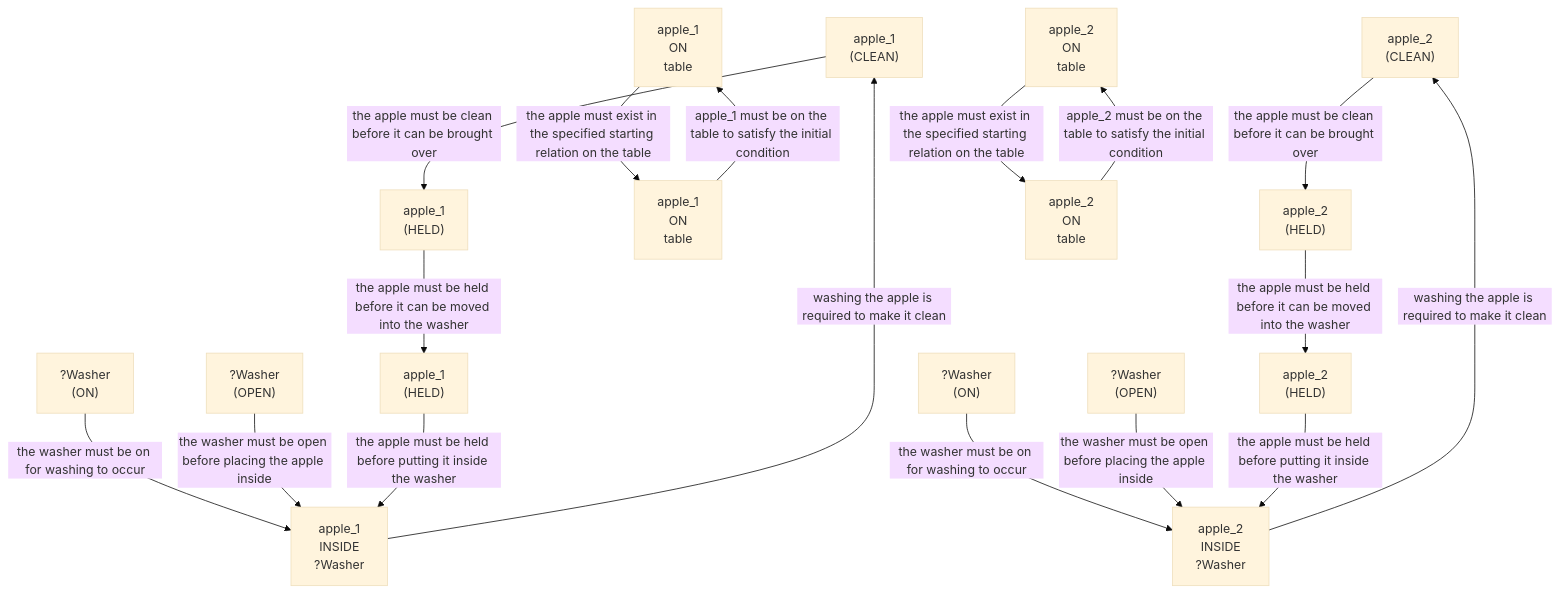
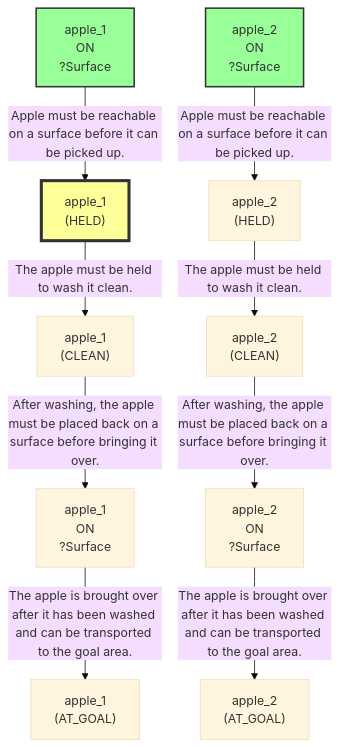
The first of 22 diagrams in evaluation/results/table1/robostate/scale/S7/S-G02/run_T1_SCALE_SG02_S7.md (scuama/virtualhome), drawn with Mermaid (base theme) before and after one commit. The commit also changed other lines of this file and 133 other files, not shown here.

````diff
--- a/evaluation/results/table1/robostate/scale/S7/S-G02/run_T1_SCALE_SG02_S7.md
+++ b/evaluation/results/table1/robostate/scale/S7/S-G02/run_T1_SCALE_SG02_S7.md
@@ -79,35 +112,24 @@
 ```mermaid
 graph TD
-    N1["apple_1<br>ON<br>table"]
-    N2["apple_1<br>(CLEAN)"]
-    N3["apple_1<br>(HELD)"]
-    N4["apple_1<br>ON<br>table"]
-    N5["apple_1<br>INSIDE<br>?Washer"]
-    N6["?Washer<br>(ON)"]
-    N7["?Washer<br>(OPEN)"]
-    N8["apple_1<br>(HELD)"]
-    N9["apple_2<br>ON<br>table"]
-    N10["apple_2<br>(CLEAN)"]
-    N11["apple_2<br>(HELD)"]
-    N12["apple_2<br>ON<br>table"]
-    N13["apple_2<br>INSIDE<br>?Washer"]
-    N14["?Washer<br>(ON)"]
-    N15["?Washer<br>(OPEN)"]
-    N16["apple_2<br>(HELD)"]
-    N4 -->|"apple_1 must be on the table to satisfy the initial condition"| N1
-    N5 -->|"washing the apple is required to make it clean"| N2
-    N6 -->|"the washer must be on for washing to occur"| N5
-    N7 -->|"the washer must be open before placing the apple inside"| N5
-    N8 -->|"the apple must be held before putting it inside the washer"| N5
-    N1 -->|"the apple must exist in the specified starting relation on the table"| N4
-    N3 -->|"the apple must be held before it can be moved into the washer"| N8
-    N2 -->|"the apple must be clean before it can be brought over"| N3
-    N12 -->|"apple_2 must be on the table to satisfy the initial condition"| N9
-    N13 -->|"washing the apple is required to make it clean"| N10
-    N14 -->|"the washer must be on for washing to occur"| N13
-    N15 -->|"the washer must be open before placing the apple inside"| N13
-    N16 -->|"the apple must be held before putting it inside the washer"| N13
-    N9 -->|"the apple must exist in the specified starting relation on the table"| N12
-    N11 -->|"the apple must be held before it can be moved into the washer"| N16
-    N10 -->|"the apple must be clean before it can be brought over"| N11
+    N1["apple_1<br>(HELD)"]
+    style N1 fill:#ff9,stroke:#333,stroke-width:4px
+    N2["apple_1<br>ON<br>?Surface"]
+    style N2 fill:#9f9,stroke:#333,stroke-width:2px
+    N3["apple_1<br>(CLEAN)"]
+    N4["apple_1<br>ON<br>?Surface"]
+    N5["apple_1<br>(AT_GOAL)"]
+    N6["apple_2<br>(HELD)"]
+    N7["apple_2<br>ON<br>?Surface"]
+    style N7 fill:#9f9,stroke:#333,stroke-width:2px
+    N8["apple_2<br>(CLEAN)"]
+    N9["apple_2<br>ON<br>?Surface"]
+    N10["apple_2<br>(AT_GOAL)"]
+    N2 -->|"Apple must be reachable on a surface before it can be picked up."| N1
+    N1 -->|"The apple must be held to wash it clean."| N3
+    N3 -->|"After washing, the apple must be placed back on a surface before bringing it over."| N4
+    N4 -->|"The apple is brought over after it has been washed and can be transported to the goal area."| N5
+    N7 -->|"Apple must be reachable on a surface before it can be picked up."| N6
+    N6 -->|"The apple must be held to wash it clean."| N8
+    N8 -->|"After washing, the apple must be placed back on a surface before bringing it over."| N9
+    N9 -->|"The apple is brought over after it has been washed and can be transported to the goal area."| N10
 ```
````
